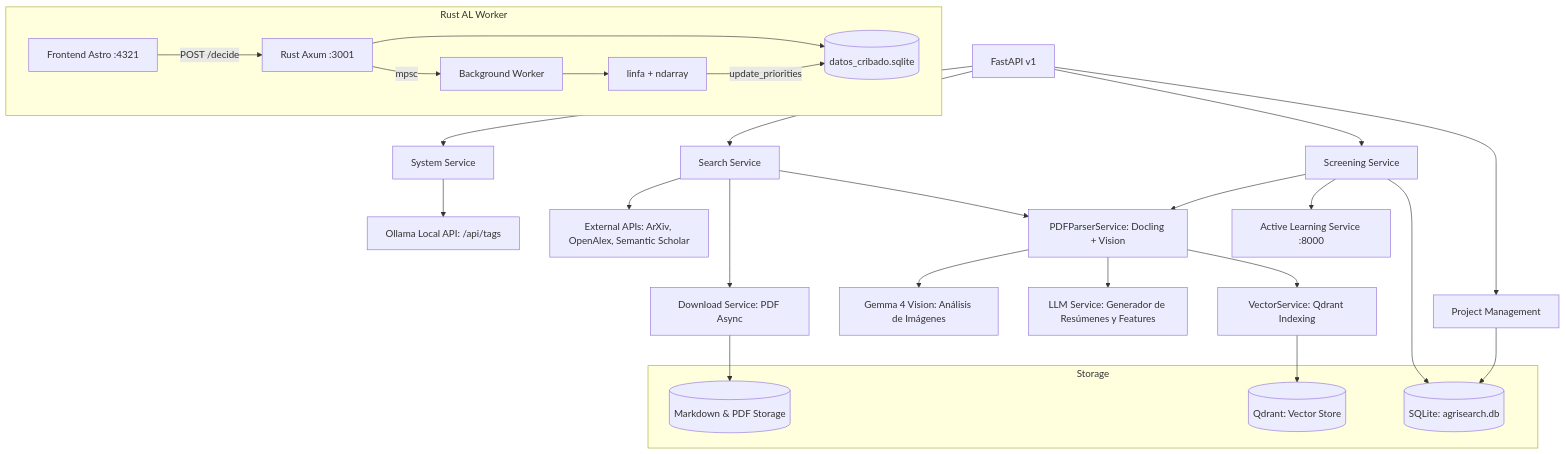
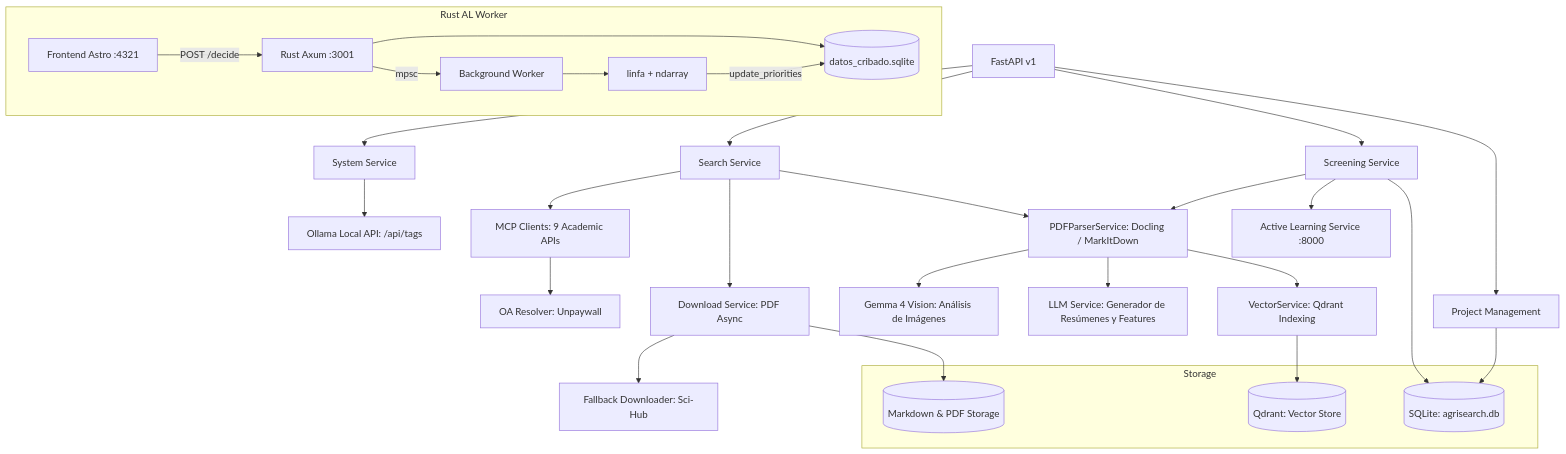
The diagram in backend/README.md (AlexPrietoRomani/AgriSearch), drawn with Mermaid before and after one commit. The commit also changed other lines of this file and 4 other files, not shown here.

````diff
--- a/backend/README.md
+++ b/backend/README.md
@@ -9,40 +9,42 @@
 ```mermaid
 graph TD
     API[FastAPI v1] --> System[System Service]
     API --> Search[Search Service]
     API --> Screening[Screening Service]
     API --> Project[Project Management]
     
     System --> OllamaAPI[Ollama Local API: /api/tags]
     Project --> SQL[(SQLite: agrisearch.db)]
     
-    Search --> DB_Ext[External APIs: ArXiv, OpenAlex, Semantic Scholar]
+    Search --> DB_Ext[MCP Clients: 9 Academic APIs]
+    DB_Ext --> Unpaywall[OA Resolver: Unpaywall]
     Search --> Download[Download Service: PDF Async]
+    Download --> SciHub[Fallback Downloader: Sci-Hub]
     
-    Screening --> PDF_Parser[PDFParserService: Docling + Vision]
+    Screening --> PDF_Parser[PDFParserService: Docling / MarkItDown]
     Search --> PDF_Parser
     
     PDF_Parser --> VLM[Gemma 4 Vision: Análisis de Imágenes]
     PDF_Parser --> LLM[LLM Service: Generador de Resúmenes y Features]
     PDF_Parser --> Vector[VectorService: Qdrant Indexing]
     
     Screening --> AL[Active Learning Service :8000]
     
     subgraph Storage
         SQL
         VecDB[(Qdrant: Vector Store)]
         Files[(Markdown & PDF Storage)]
     end
     
     Screening --> SQL
     Vector --> VecDB
     Download --> Files
 
     subgraph Rust AL Worker
         FE[Frontend Astro :4321] -->|POST /decide| RW[Rust Axum :3001]
         RW -->|mpsc| BGW[Background Worker]
         BGW --> ML[linfa + ndarray]
         RW --> ALDB[(datos_cribado.sqlite)]
         ML -->|update_priorities| ALDB
     end
 ```
````
